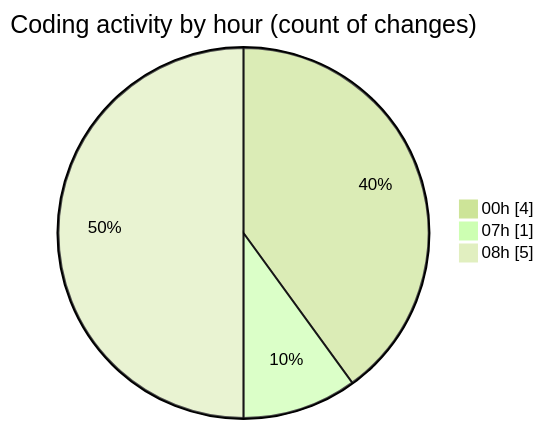
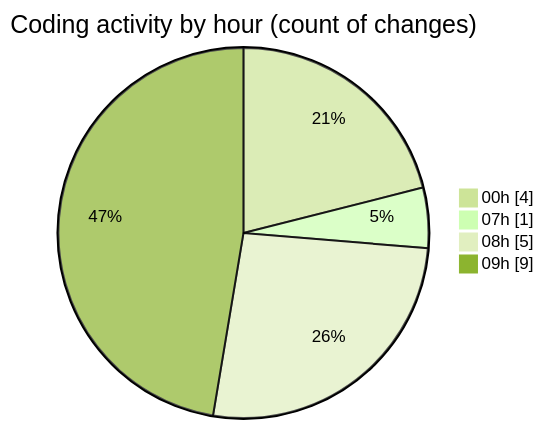
One commit to Elitesun/code-tracking changed the second of 2 diagrams in 2025-05-08/niten/README.md. Above: the diagram before and after it, drawn with Mermaid (forest theme). The commit also changed other lines of this file and 1 other file, not shown here.

````diff
--- a/2025-05-08/niten/README.md
+++ b/2025-05-08/niten/README.md
@@ -28,7 +34,8 @@
 ```mermaid
 pie showData
 title Coding activity by hour (count of changes)
 "00h" : 4
 "07h" : 1
 "08h" : 5
+"09h" : 9
 ```
````
